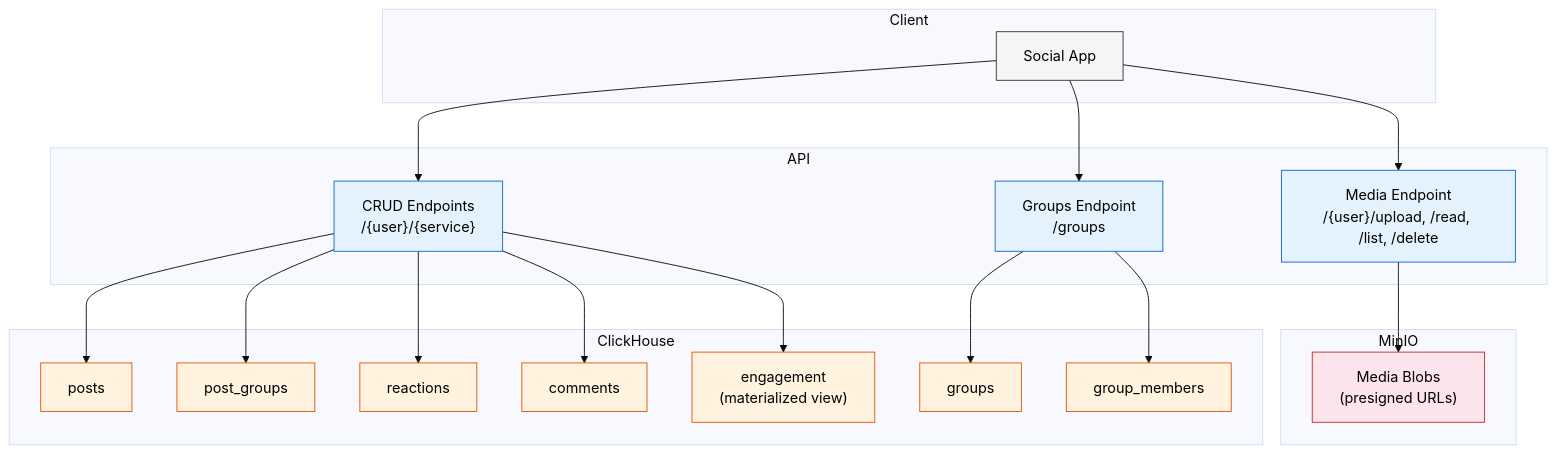
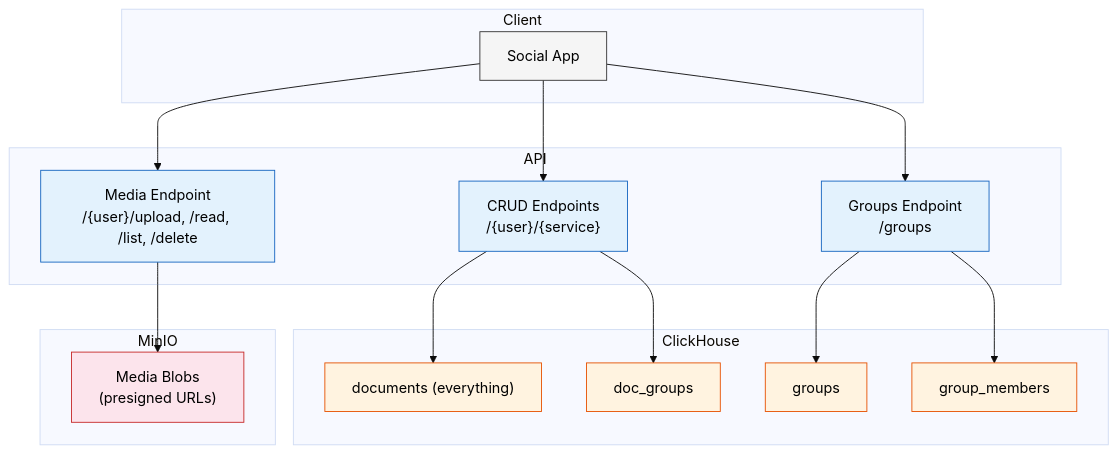
The first of 7 diagrams in knowledge/knowledge-base/web10-v3/overview.md (jacoby149/web10), drawn with Mermaid (base theme) before and after one commit. The commit also changed other lines of this file and 19 other files, not shown here.

First line of the commit message:
docs: web10 v3 architecture — groups, service contracts, cross-app sharing, federation (#500)

````diff
--- a/knowledge/knowledge-base/web10-v3/overview.md
+++ b/knowledge/knowledge-base/web10-v3/overview.md
@@ -24,51 +24,42 @@
 ```mermaid
 graph TB
     subgraph Client
         App["Social App"]
     end
 
     subgraph API
         CRUD["CRUD Endpoints\n/{user}/{service}"]
         Groups["Groups Endpoint\n/groups"]
         Media["Media Endpoint\n/{user}/upload, /read, /list, /delete"]
     end
 
     subgraph ClickHouse
-        Posts["posts"]
-        PostGroups["post_groups"]
-        Reactions["reactions"]
-        Comments["comments"]
+        Documents["documents (everything)"]
+        DocGroups["doc_groups"]
         GroupsTable["groups"]
         GroupMembers["group_members"]
-        Engagement["engagement\n(materialized view)"]
     end
 
     subgraph MinIO
         Blobs["Media Blobs\n(presigned URLs)"]
     end
 
     App --> CRUD
     App --> Groups
     App --> Media
-    CRUD --> Posts
-    CRUD --> PostGroups
-    CRUD --> Reactions
-    CRUD --> Comments
-    CRUD --> Engagement
+    CRUD --> Documents
+    CRUD --> DocGroups
     Groups --> GroupsTable
     Groups --> GroupMembers
     Media --> Blobs
 
     style App fill:#f5f5f5,stroke:#333,color:#000
     style CRUD fill:#e3f2fd,stroke:#1565c0,color:#000
     style Groups fill:#e3f2fd,stroke:#1565c0,color:#000
     style Media fill:#e3f2fd,stroke:#1565c0,color:#000
-    style Posts fill:#fff3e0,stroke:#e65100,color:#000
-    style PostGroups fill:#fff3e0,stroke:#e65100,color:#000
-    style Reactions fill:#fff3e0,stroke:#e65100,color:#000
-    style Comments fill:#fff3e0,stroke:#e65100,color:#000
+    style Documents fill:#fff3e0,stroke:#e65100,color:#000
+    style DocGroups fill:#fff3e0,stroke:#e65100,color:#000
     style GroupsTable fill:#fff3e0,stroke:#e65100,color:#000
     style GroupMembers fill:#fff3e0,stroke:#e65100,color:#000
-    style Engagement fill:#fff3e0,stroke:#e65100,color:#000
     style Blobs fill:#fce4ec,stroke:#c62828,color:#000
 ```
````
